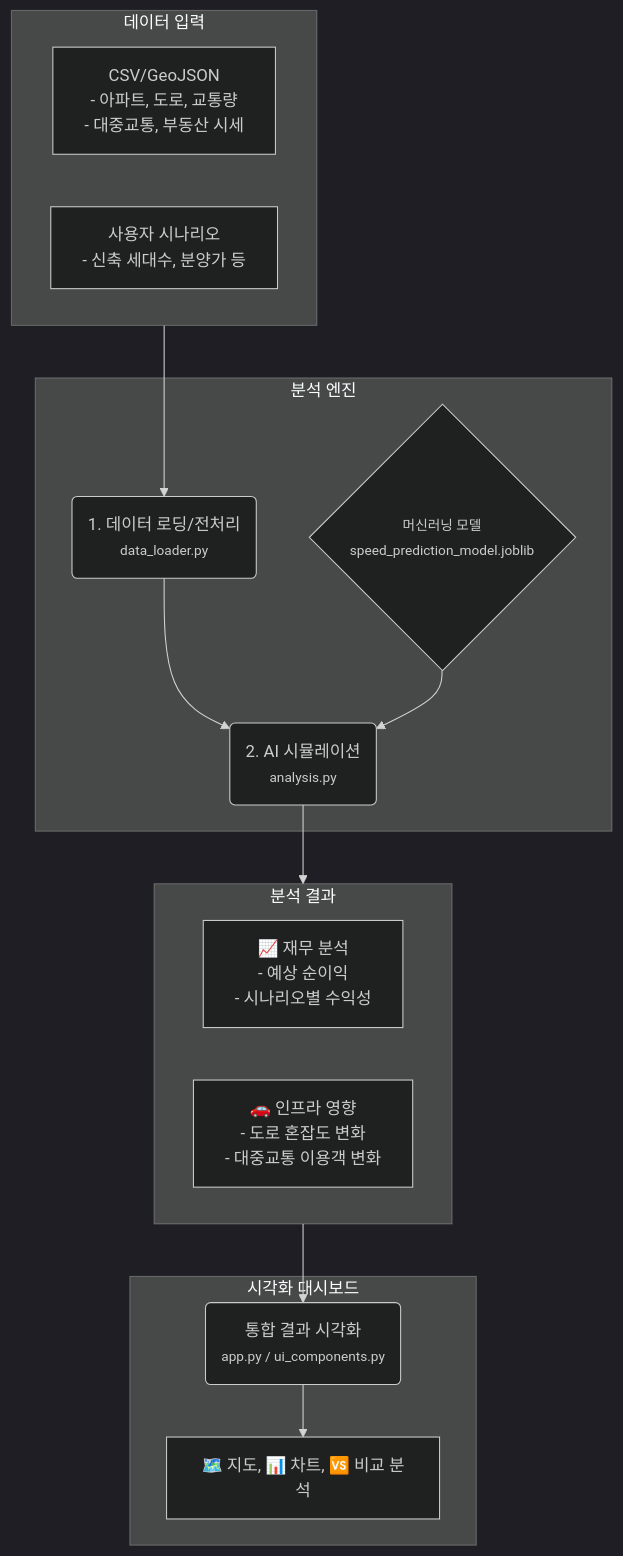
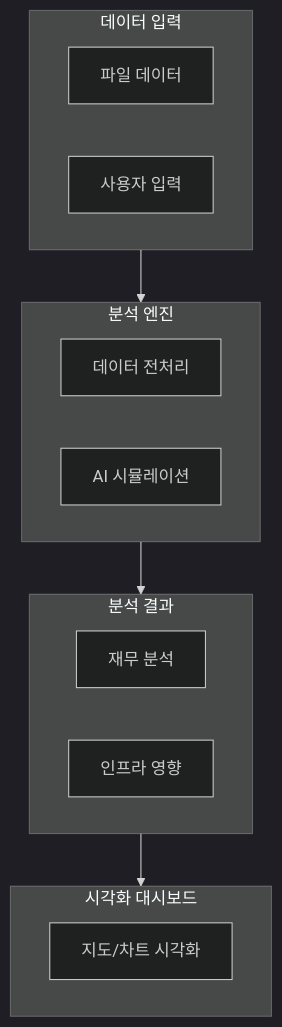
The diagram in README.md (HDCLABS-NOVA/ai01-1st-gitDDong-SightNOVA), drawn with Mermaid (dark theme) before and after one commit.

Commit message:
Commit-9

````diff
--- a/README.md
+++ b/README.md
@@ -12,30 +12,23 @@
 ```mermaid
 graph TD
     subgraph A [데이터 입력]
-        A1[CSV/GeoJSON<br>- 아파트, 도로, 교통량<br>- 대중교통, 부동산 시세]
-        A2[사용자 시나리오<br>- 신축 세대수, 분양가 등]
+        A1[파일 데이터]
+        A2[사용자 입력]
     end
-
+    
     subgraph B [분석 엔진]
-        B1(1. 데이터 로딩/전처리<br><font size=2>data_loader.py</font>)
-        B2(2. AI 시뮬레이션<br><font size=2>analysis.py</font>)
-        B3{<font size=2>머신러닝 모델<br>speed_prediction_model.joblib</font>}
+        B1[데이터 전처리]
+        B2[AI 시뮬레이션]
     end
 
     subgraph C [분석 결과]
-        C1[📈 재무 분석<br>- 예상 순이익<br>- 시나리오별 수익성]
-        C2[🚗 인프라 영향<br>- 도로 혼잡도 변화<br>- 대중교통 이용객 변화]
+        C1[재무 분석]
+        C2[인프라 영향]
     end
 
     subgraph D [시각화 대시보드]
-        D1(통합 결과 시각화<br><font size=2>app.py / ui_components.py</font>)
-        D2[🗺️ 지도, 📊 차트, 🆚 비교 분석]
+        D1[지도/차트 시각화]
     end
 
-    A --> B1
-    B1 --> B2
-    B3 --> B2
-    B2 --> C
-    C --> D1
-    D1 --> D2
+    A --> B --> C --> D
 ```
````
